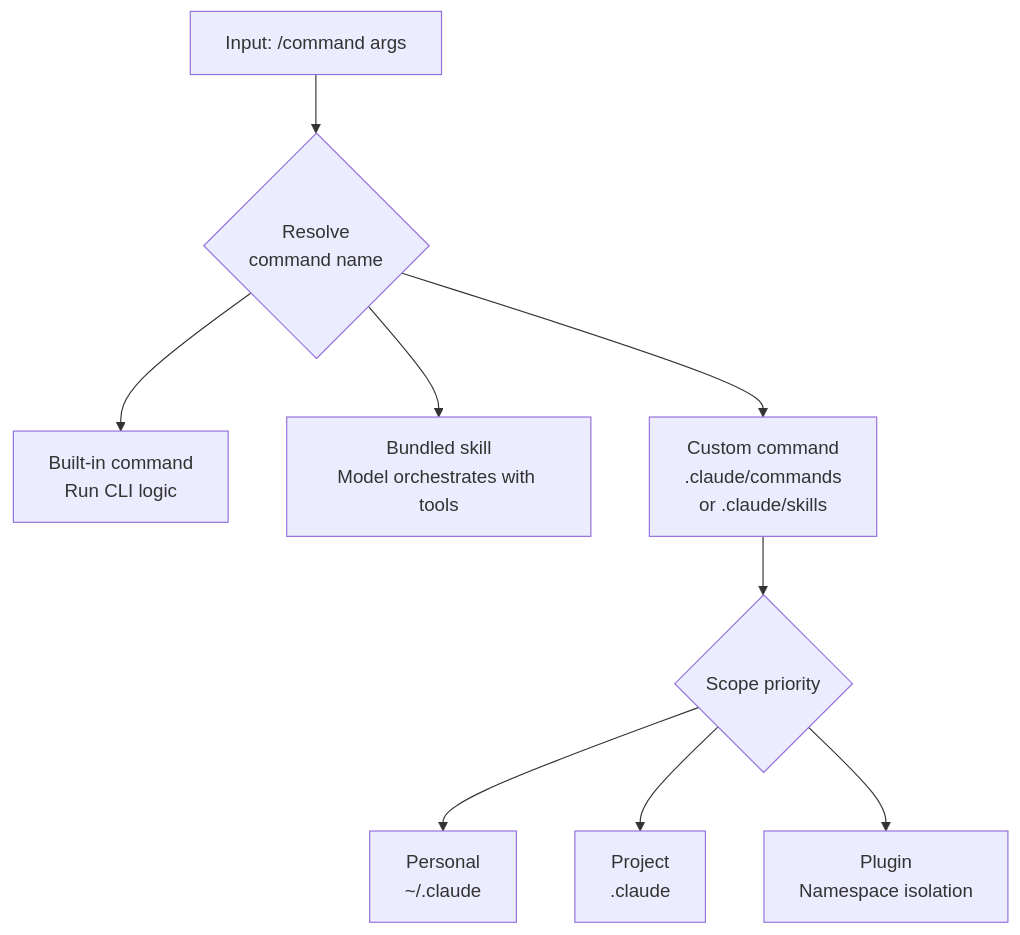
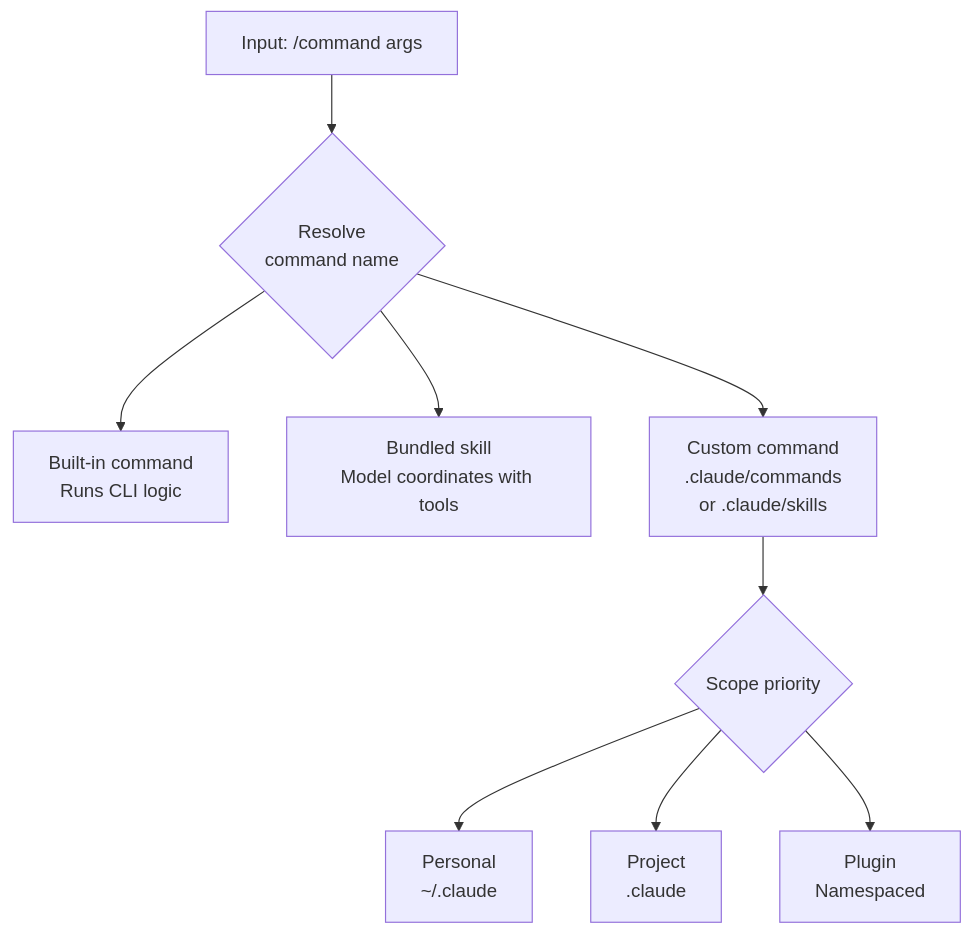
One commit to modu-ai/moai-adk changed the diagram in docs-site/content/en/claude-code/foundations/commands.md. Above: the diagram before and after it, drawn with Mermaid. The commit also changed other lines of this file and 395 other files, not shown here.

````diff
--- a/docs-site/content/en/claude-code/foundations/commands.md
+++ b/docs-site/content/en/claude-code/foundations/commands.md
@@ -159,11 +159,11 @@
 ```mermaid
 flowchart TD
     A["Input: /command args"] --> B{"Resolve<br/>command name"}
-    B --> C["Built-in command<br/>Run CLI logic"]
-    B --> D["Bundled skill<br/>Model orchestrates with tools"]
+    B --> C["Built-in command<br/>Runs CLI logic"]
+    B --> D["Bundled skill<br/>Model coordinates with tools"]
     B --> E["Custom command<br/>.claude/commands<br/>or .claude/skills"]
     E --> F{"Scope priority"}
     F --> G["Personal<br/>~/.claude"]
     F --> H["Project<br/>.claude"]
-    F --> I["Plugin<br/>Namespace isolation"]
+    F --> I["Plugin<br/>Namespaced"]
 ```
````
